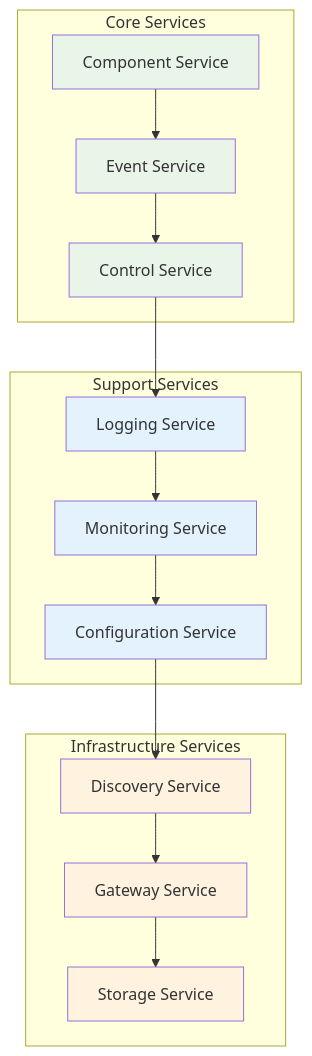
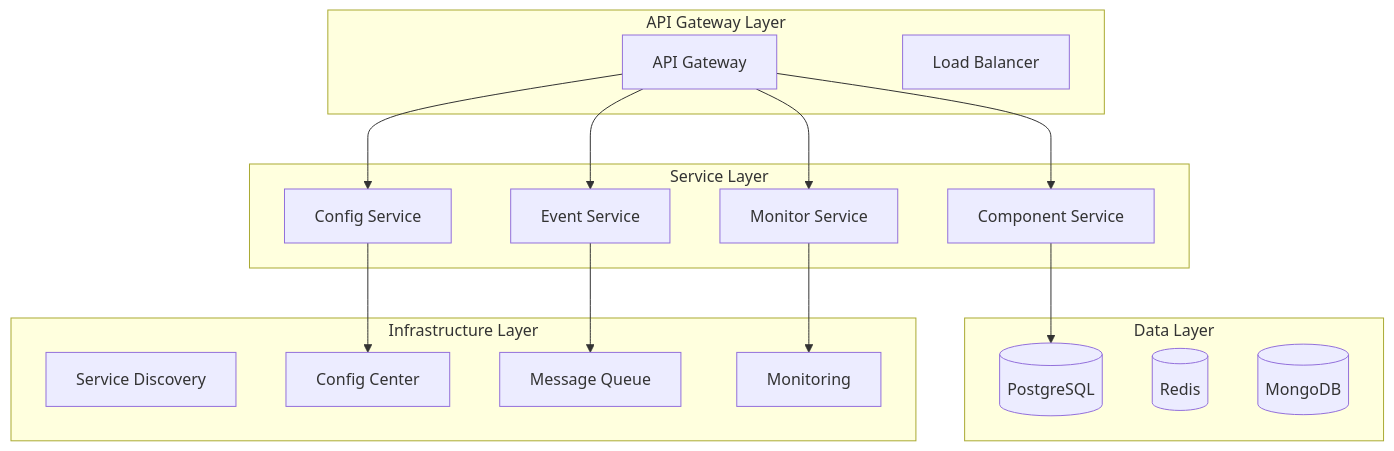
The third of 6 diagrams in GOLANG_COMMON_ARCHITECTURE_ANALYSIS_2025.md (AdaMartin18010/common), drawn with Mermaid before and after one commit. The commit also changed other lines of this file, not shown here.

````diff
--- a/GOLANG_COMMON_ARCHITECTURE_ANALYSIS_2025.md
+++ b/GOLANG_COMMON_ARCHITECTURE_ANALYSIS_2025.md
@@ -300,39 +361,36 @@
 ```mermaid
 graph TB
-    subgraph "Core Services"
-        A[Component Service]
-        B[Event Service]
-        C[Control Service]
+    subgraph "API Gateway Layer"
+        AG[API Gateway]
+        LB[Load Balancer]
     end
     
-    subgraph "Support Services"
-        D[Logging Service]
-        E[Monitoring Service]
-        F[Configuration Service]
+    subgraph "Service Layer"
+        S1[Component Service]
+        S2[Event Service]
+        S3[Config Service]
+        S4[Monitor Service]
     end
     
-    subgraph "Infrastructure Services"
-        G[Discovery Service]
-        H[Gateway Service]
-        I[Storage Service]
+    subgraph "Data Layer"
+        DB1[(PostgreSQL)]
+        DB2[(Redis)]
+        DB3[(MongoDB)]
     end
     
-    A --> B
-    B --> C
-    C --> D
-    D --> E
-    E --> F
-    F --> G
-    G --> H
-    H --> I
+    subgraph "Infrastructure Layer"
+        INF1[Service Discovery]
+        INF2[Config Center]
+        INF3[Message Queue]
+        INF4[Monitoring]
+    end
     
-    style A fill:#e8f5e8
-    style B fill:#e8f5e8
-    style C fill:#e8f5e8
-    style D fill:#e3f2fd
-    style E fill:#e3f2fd
-    style F fill:#e3f2fd
-    style G fill:#fff3e0
-    style H fill:#fff3e0
-    style I fill:#fff3e0
+    AG --> S1
+    AG --> S2
+    AG --> S3
+    AG --> S4
+    S1 --> DB1
+    S2 --> INF3
+    S3 --> INF2
+    S4 --> INF4
 ```
````
